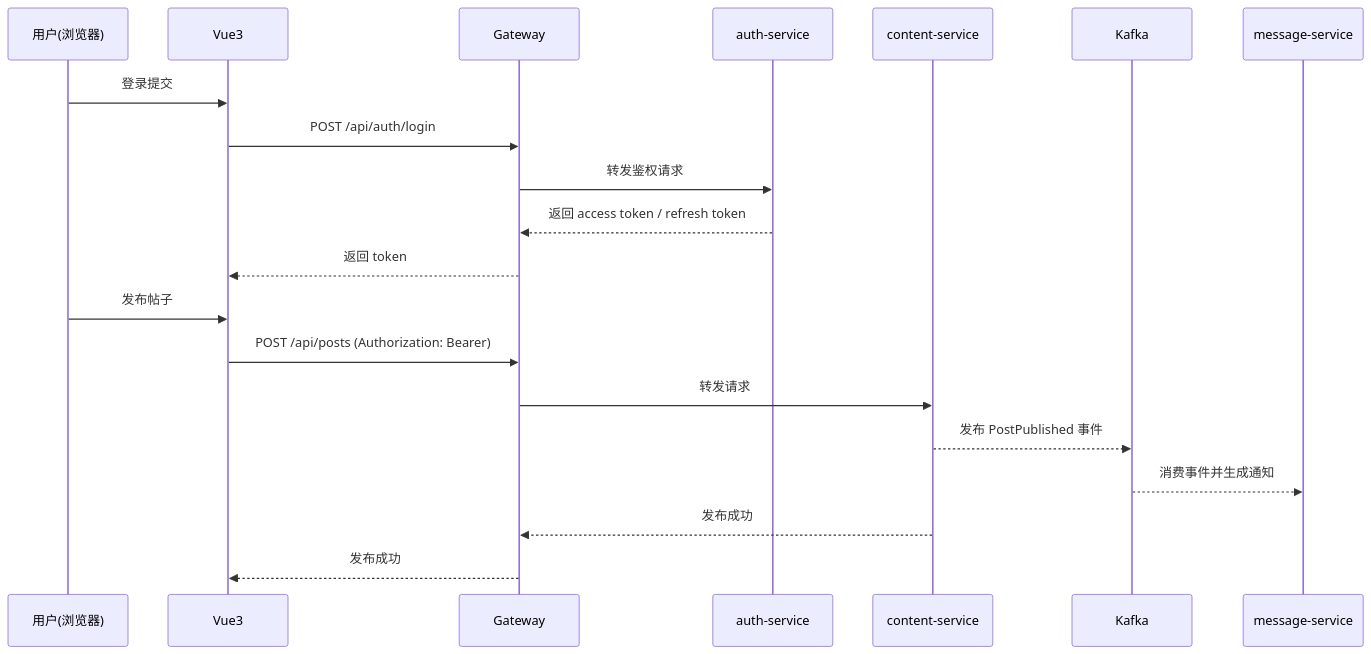
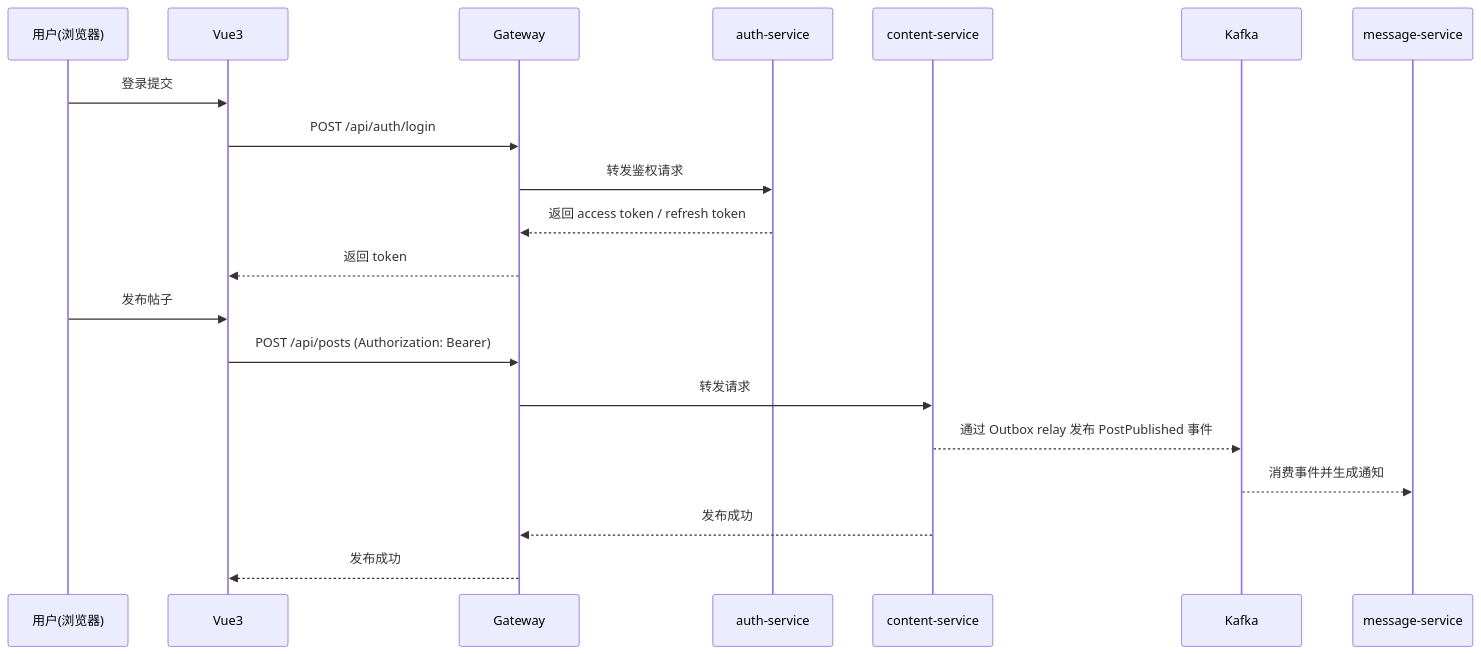
The fourth of 4 diagrams in helloagents/wiki/arch.md (skt-shinyruo/community), drawn with Mermaid before and after one commit. The commit also changed other lines of this file and 93 other files, not shown here.

````diff
--- a/helloagents/wiki/arch.md
+++ b/helloagents/wiki/arch.md
@@ -122,24 +122,24 @@
 ```mermaid
 sequenceDiagram
     participant U as 用户(浏览器)
     participant FE as Vue3
     participant GW as Gateway
     participant AU as auth-service
     participant CT as content-service
     participant KC as Kafka
     participant MS as message-service
 
     U->>FE: 登录提交
     FE->>GW: POST /api/auth/login
     GW->>AU: 转发鉴权请求
     AU-->>GW: 返回 access token / refresh token
     GW-->>FE: 返回 token
 
     U->>FE: 发布帖子
     FE->>GW: POST /api/posts (Authorization: Bearer)
     GW->>CT: 转发请求
-    CT-->>KC: 发布 PostPublished 事件
+    CT-->>KC: 通过 Outbox relay 发布 PostPublished 事件
     KC-->>MS: 消费事件并生成通知
     CT-->>GW: 发布成功
     GW-->>FE: 发布成功
 ```
````
